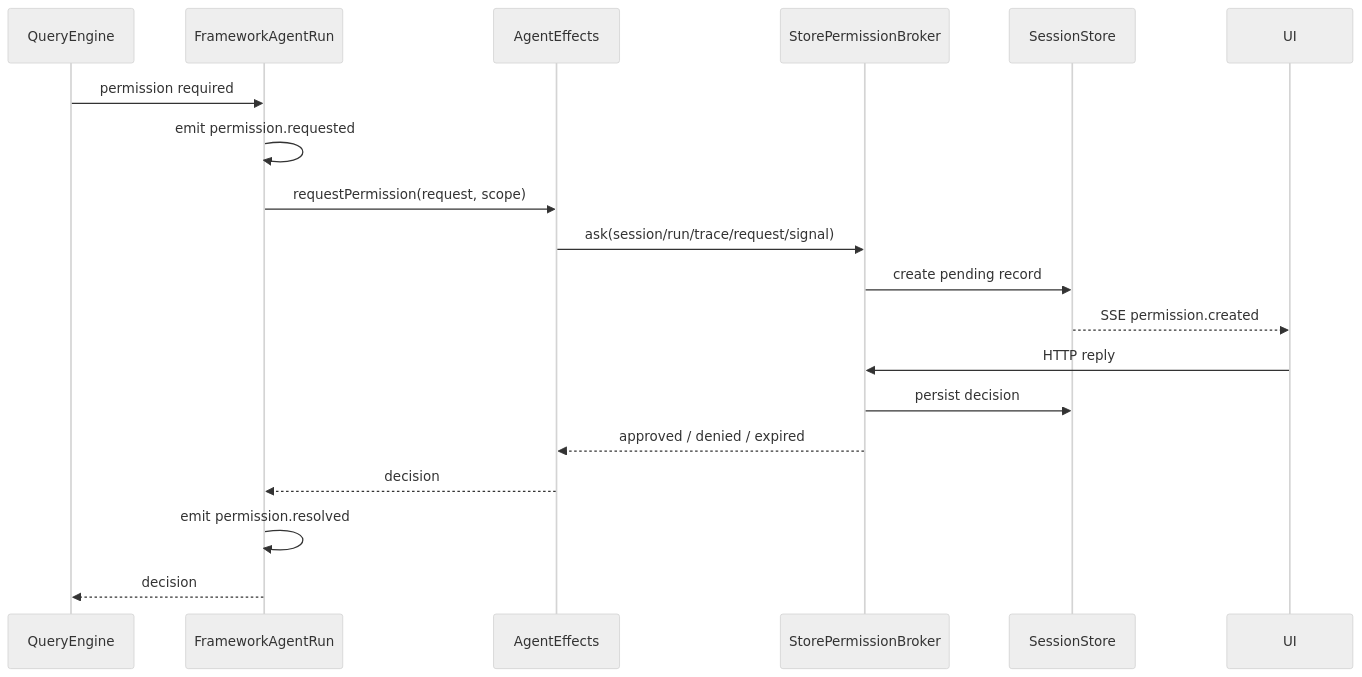
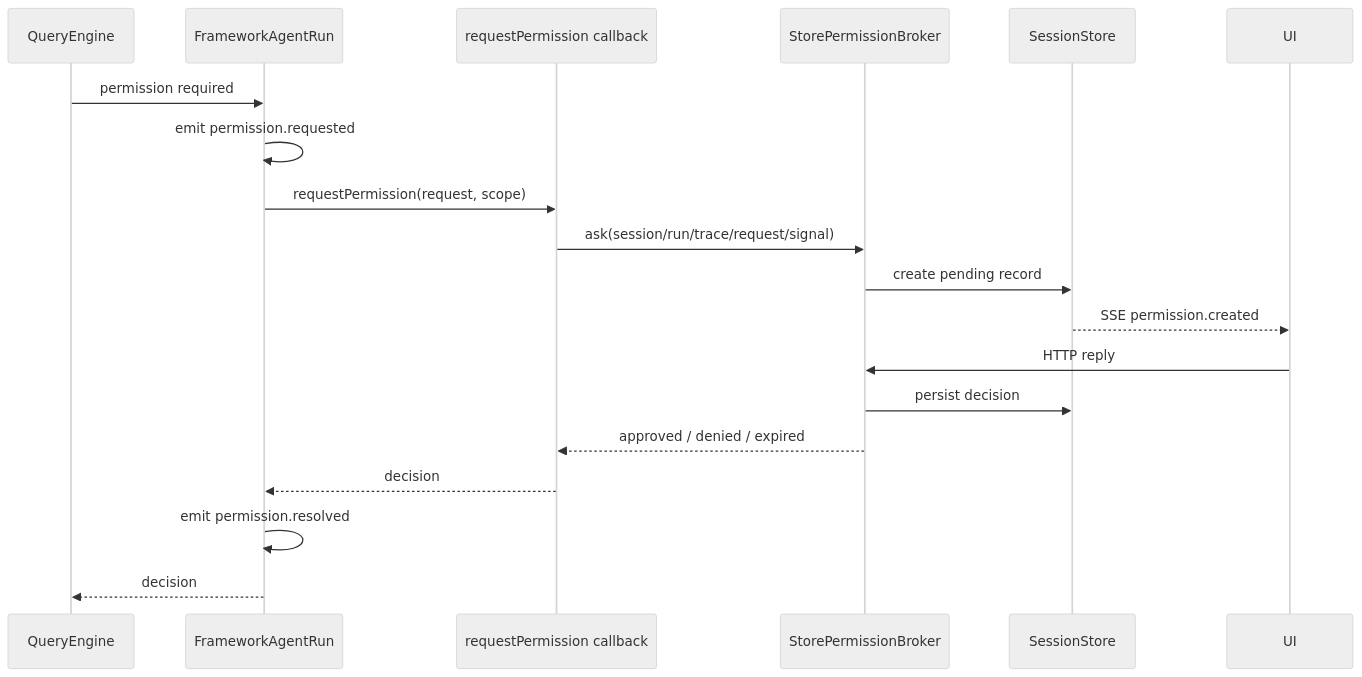
The diagram in docs/permission-flow.md (rzx007/openharness-ts), drawn with Mermaid (neutral theme) before and after one commit. The commit also changed other lines of this file and 23 other files, not shown here.

Commit message:
docs: establish agent SDK architecture

````diff
--- a/docs/permission-flow.md
+++ b/docs/permission-flow.md
@@ -35,22 +33,22 @@
 ```mermaid
 sequenceDiagram
   participant QE as QueryEngine
   participant Run as FrameworkAgentRun
-  participant FX as AgentEffects
+  participant Callback as requestPermission callback
   participant Broker as StorePermissionBroker
   participant Store as SessionStore
   participant UI
 
   QE->>Run: permission required
   Run->>Run: emit permission.requested
-  Run->>FX: requestPermission(request, scope)
-  FX->>Broker: ask(session/run/trace/request/signal)
+  Run->>Callback: requestPermission(request, scope)
+  Callback->>Broker: ask(session/run/trace/request/signal)
   Broker->>Store: create pending record
   Store-->>UI: SSE permission.created
   UI->>Broker: HTTP reply
   Broker->>Store: persist decision
-  Broker-->>FX: approved / denied / expired
-  FX-->>Run: decision
+  Broker-->>Callback: approved / denied / expired
+  Callback-->>Run: decision
   Run->>Run: emit permission.resolved
   Run-->>QE: decision
 ```
````
